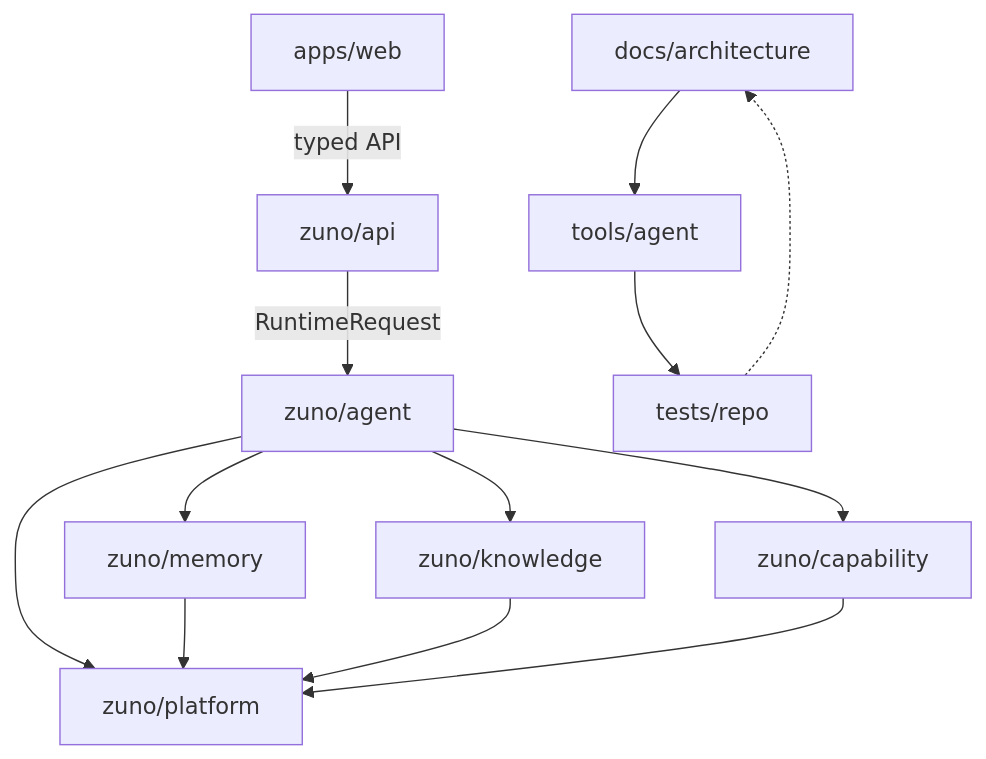
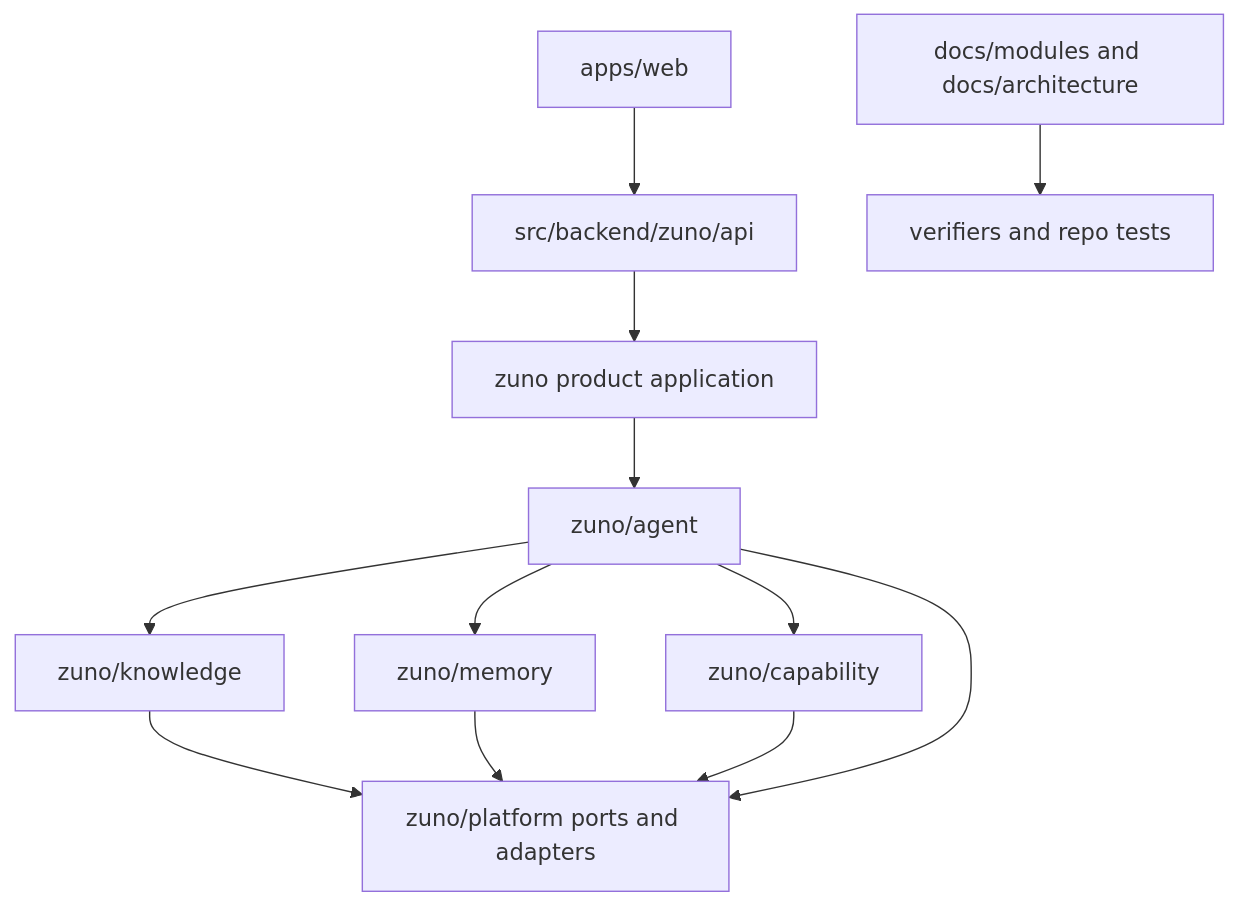
Before and after one commit to ProfessorZhi/Zuno: the fourth of 30 diagrams in docs/architecture/architecture-views.md, drawn with Mermaid. The commit also changed other lines of this file and 14 other files, not shown here.

Commit message:
docs: align total architecture with canonical module designs

````diff
--- a/docs/architecture/architecture-views.md
+++ b/docs/architecture/architecture-views.md
@@ -96,15 +64,11 @@
 ```mermaid
 flowchart TB
-  Web[apps/web] -->|typed API| API[zuno/api]
-  API -->|RuntimeRequest| Agent[zuno/agent]
-  Agent --> Memory[zuno/memory]
-  Agent --> Knowledge[zuno/knowledge]
-  Agent --> Capability[zuno/capability]
-  Agent --> Platform[zuno/platform]
-  Memory --> Platform
-  Knowledge --> Platform
-  Capability --> Platform
-  Docs[docs/architecture] --> Renderer[tools/agent]
-  Renderer --> Tests[tests/repo]
-  Tests -.-> Docs
+  WEB[apps/web] --> API[src/backend/zuno/api]
+  API --> PRODUCT[zuno product application]
+  PRODUCT --> AGENT[zuno/agent]
+  AGENT --> KNOW[zuno/knowledge]
+  AGENT --> MEMORY[zuno/memory]
+  AGENT --> CAP[zuno/capability]
+  KNOW & MEMORY & CAP & AGENT --> PLATFORM[zuno/platform ports and adapters]
+  DOCS[docs/modules and docs/architecture] --> VERIFY[verifiers and repo tests]
 ```
````
